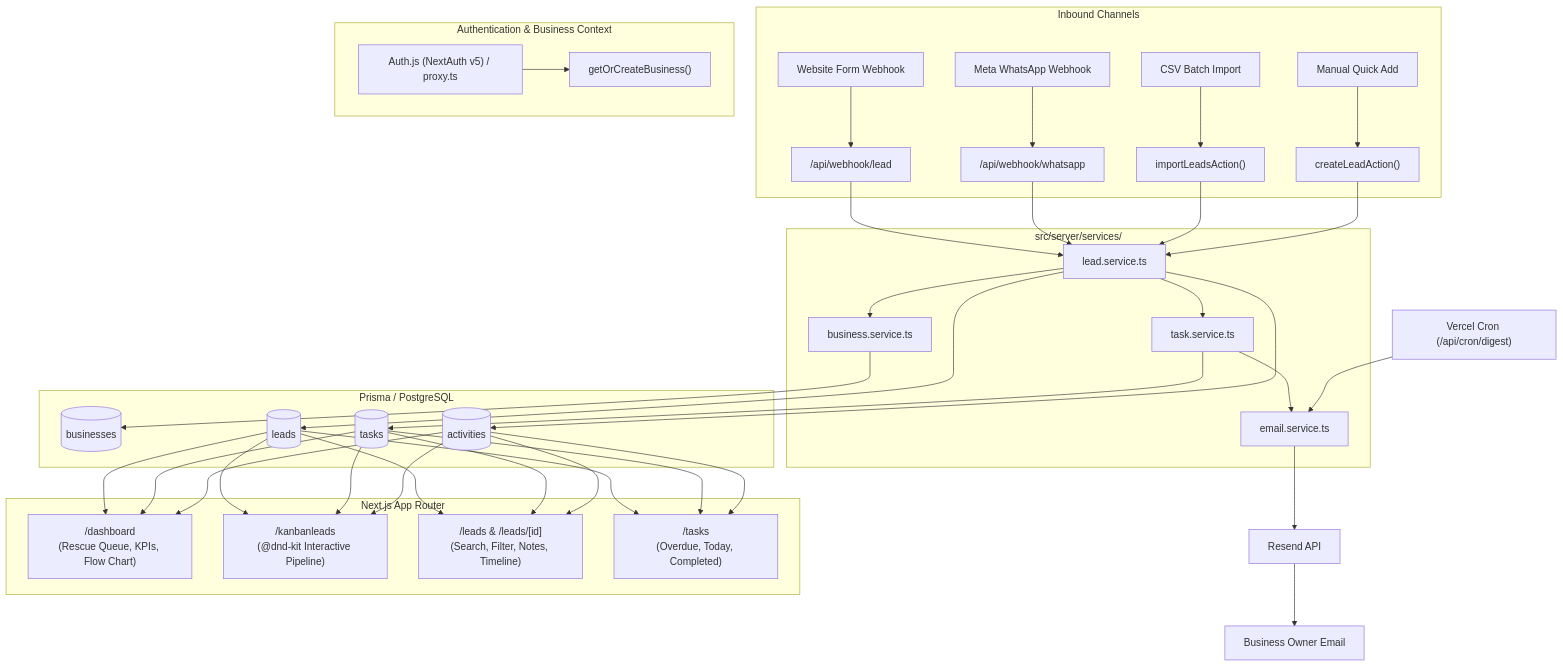
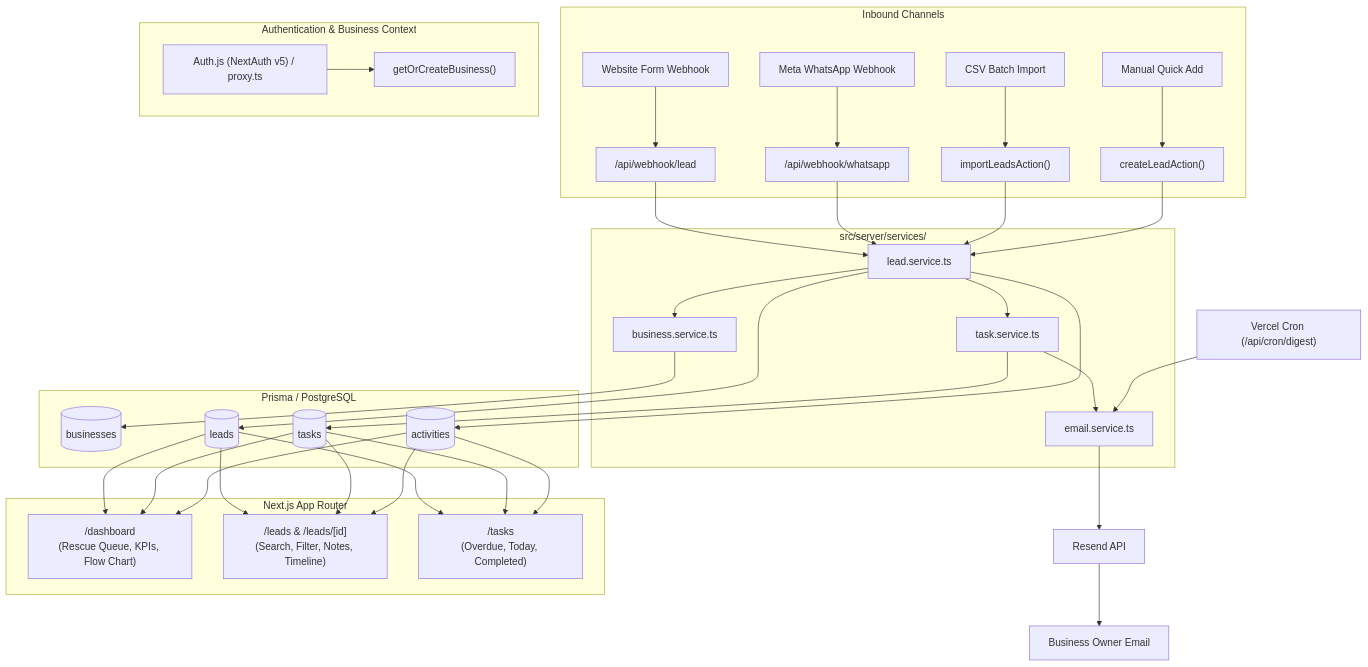
The diagram in PROJECT_DOCUMENTATION.md (casanova259/LeadGEn), drawn with Mermaid before and after one commit. The commit also changed other lines of this file and 11 other files, not shown here.

Commit message:
removed the kanban leads

````diff
--- a/PROJECT_DOCUMENTATION.md
+++ b/PROJECT_DOCUMENTATION.md
@@ -70,41 +67,40 @@
 ```mermaid
 flowchart TD
     subgraph Inbound Channels
         A1[Website Form Webhook] --> W1["/api/webhook/lead"]
         A2[Meta WhatsApp Webhook] --> W2["/api/webhook/whatsapp"]
         A3[CSV Batch Import] --> SA1["importLeadsAction()"]
         A4[Manual Quick Add] --> SA2["createLeadAction()"]
     end
 
     subgraph Authentication & Business Context
         AUTHJS["Auth.js (NextAuth v5) / proxy.ts"] --> GETBI["getOrCreateBusiness()"]
     end
 
     subgraph Application Core [src/server/services/]
         W1 & W2 & SA1 & SA2 --> LS["lead.service.ts"]
         LS --> BS["business.service.ts"]
         LS --> TS["task.service.ts"]
         TS --> ES["email.service.ts"]
     end
 
     subgraph Database Layer [Prisma / PostgreSQL]
         DB_B[(businesses)]
         DB_L[(leads)]
         DB_T[(tasks)]
         DB_A[(activities)]
         LS --> DB_L
         LS --> DB_A
         TS --> DB_T
         BS --> DB_B
     end
 
     subgraph User Experience [Next.js App Router]
         DASH["/dashboard<br/>(Rescue Queue, KPIs, Flow Chart)"]
-        KANBAN["/kanbanleads<br/>(@dnd-kit Interactive Pipeline)"]
         LEADS["/leads & /leads/[id]<br/>(Search, Filter, Notes, Timeline)"]
         TASKS["/tasks<br/>(Overdue, Today, Completed)"]
     end
 
-    DB_L & DB_T & DB_A --> DASH & KANBAN & LEADS & TASKS
+    DB_L & DB_T & DB_A --> DASH & LEADS & TASKS
     CRON["Vercel Cron (/api/cron/digest)"] --> ES --> RESEND[Resend API] --> USER_EMAIL[Business Owner Email]
 ```
````
